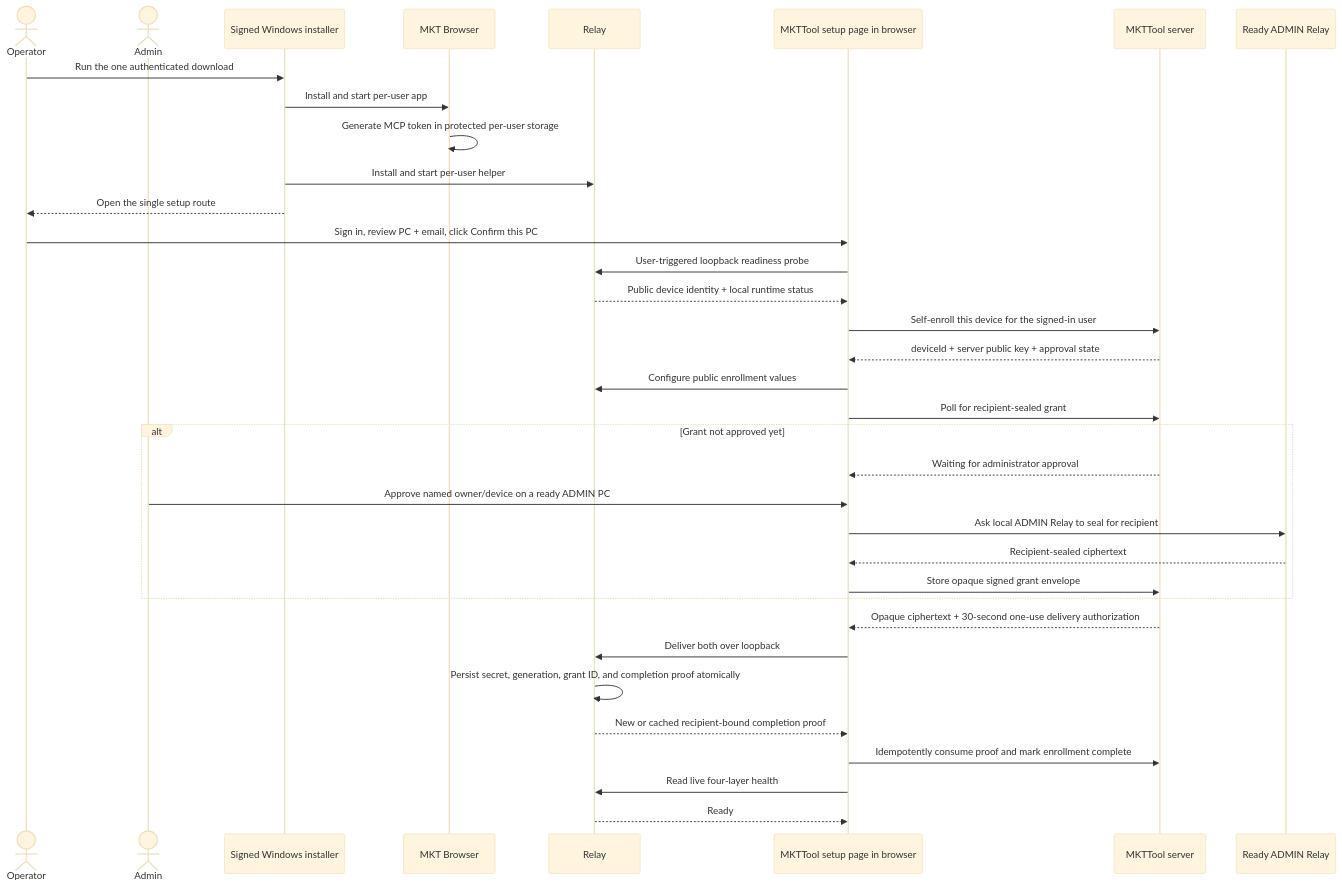
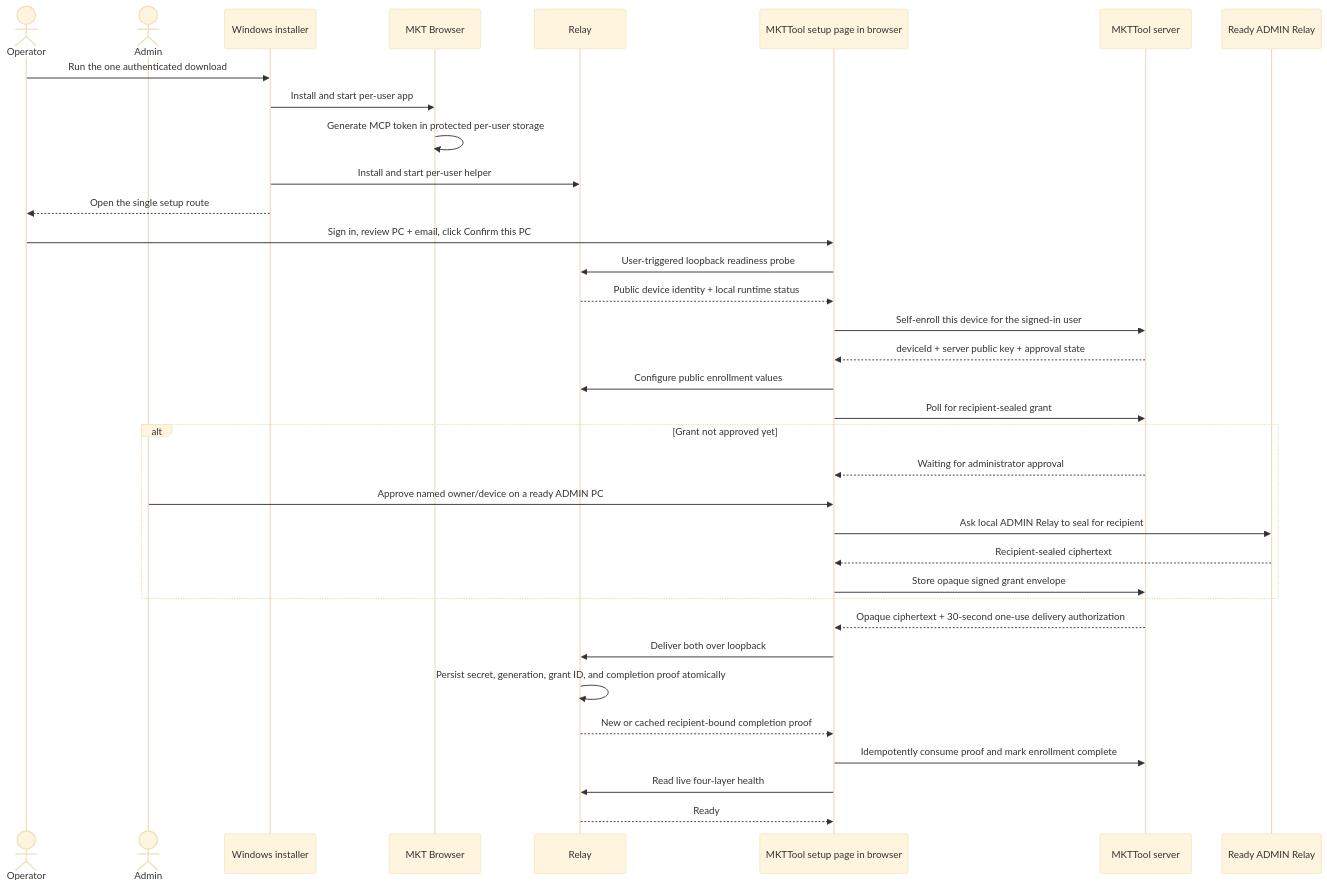
Before and after one commit to FinanceBullkk/MKTTool: the second of 6 diagrams in plans/260810-0244-mkt-browser-noi-bo/plan.md, drawn with Mermaid (base theme). The commit also changed other lines of this file and 3 other files, not shown here.

````diff
--- a/plans/260810-0244-mkt-browser-noi-bo/plan.md
+++ b/plans/260810-0244-mkt-browser-noi-bo/plan.md
@@ -456,38 +494,38 @@
 ```mermaid
 sequenceDiagram
   actor Operator
   actor Admin
-  participant Setup as Signed Windows installer
+  participant Setup as Windows installer
   participant MB as MKT Browser
   participant R as Relay
   participant UI as MKTTool setup page in browser
   participant S as MKTTool server
   participant AR as Ready ADMIN Relay
 
   Operator->>Setup: Run the one authenticated download
   Setup->>MB: Install and start per-user app
   MB->>MB: Generate MCP token in protected per-user storage
   Setup->>R: Install and start per-user helper
   Setup-->>Operator: Open the single setup route
   Operator->>UI: Sign in, review PC + email, click Confirm this PC
   UI->>R: User-triggered loopback readiness probe
   R-->>UI: Public device identity + local runtime status
   UI->>S: Self-enroll this device for the signed-in user
   S-->>UI: deviceId + server public key + approval state
   UI->>R: Configure public enrollment values
   UI->>S: Poll for recipient-sealed grant
   alt Grant not approved yet
     S-->>UI: Waiting for administrator approval
     Admin->>UI: Approve named owner/device on a ready ADMIN PC
     UI->>AR: Ask local ADMIN Relay to seal for recipient
     AR-->>UI: Recipient-sealed ciphertext
     UI->>S: Store opaque signed grant envelope
   end
   S-->>UI: Opaque ciphertext + 30-second one-use delivery authorization
   UI->>R: Deliver both over loopback
   R->>R: Persist secret, generation, grant ID, and completion proof atomically
   R-->>UI: New or cached recipient-bound completion proof
   UI->>S: Idempotently consume proof and mark enrollment complete
   UI->>R: Read live four-layer health
   R-->>UI: Ready
 ```
````
